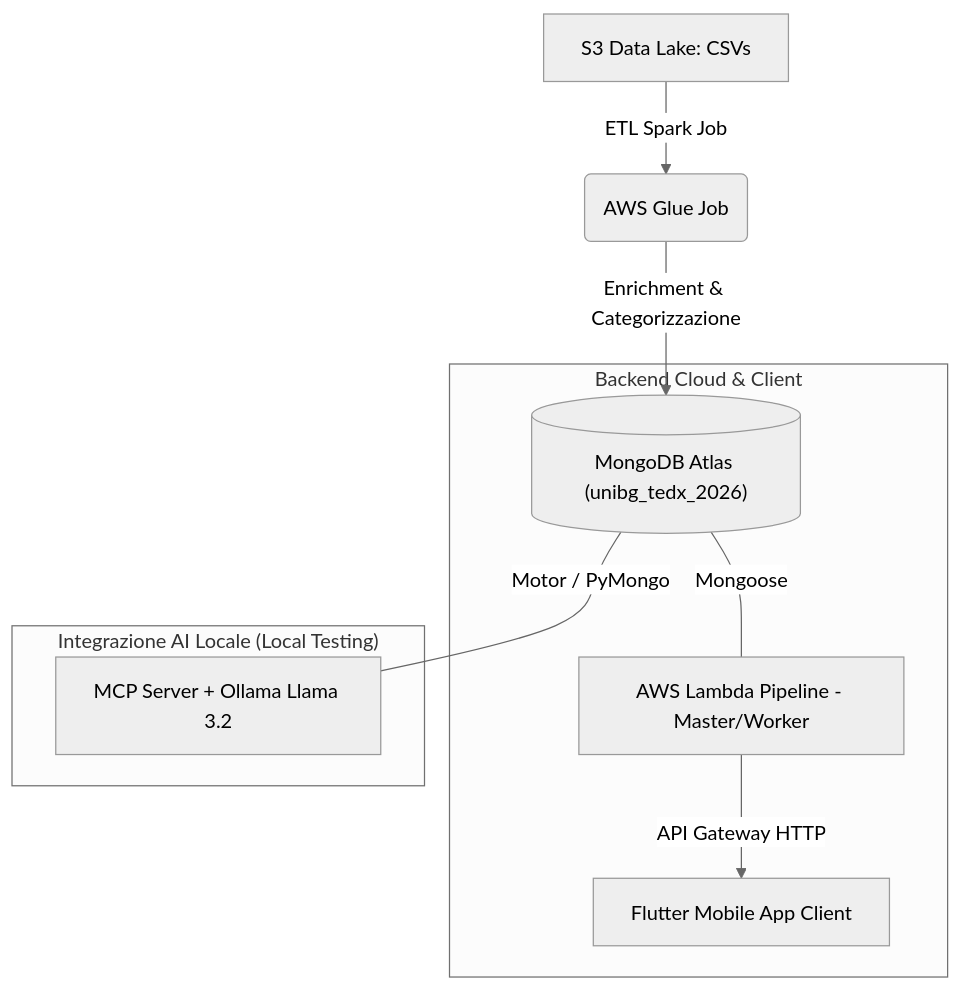
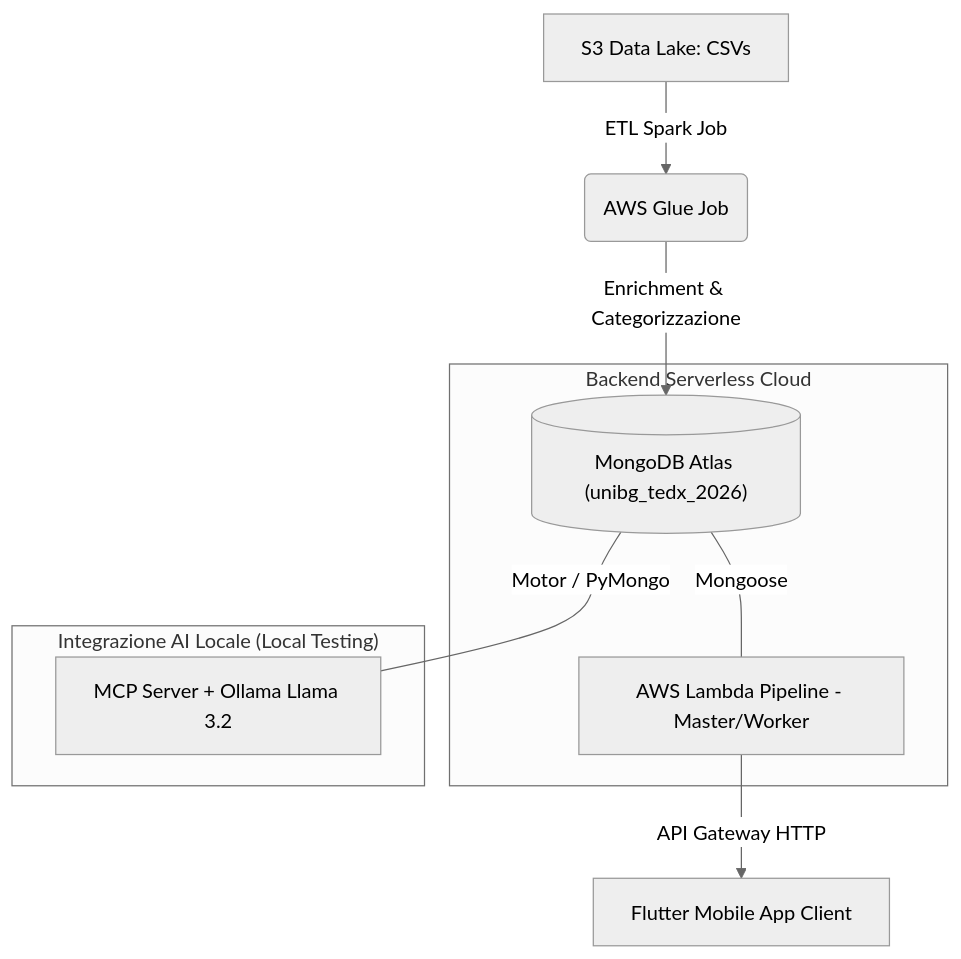
Before and after one commit to Nasatti/Shift-X: the diagram in README.md, drawn with Mermaid (neutral theme). The commit also changed other lines of this file, not shown here.

````diff
--- a/README.md
+++ b/README.md
@@ -13,14 +13,15 @@
 ```mermaid
 graph TD
     A[S3 Data Lake: CSVs] -->|ETL Spark Job| B(AWS Glue Job)
     B -->|Enrichment & Categorizzazione| C[("MongoDB Atlas (unibg_tedx_2026)")]
     
-    subgraph "Backend Cloud & Client"
+    subgraph "Backend Serverless Cloud"
         C ---|Mongoose| D[AWS Lambda Pipeline - Master/Worker]
-        D -->|API Gateway HTTP| F[Flutter Mobile App Client]
     end
     
     subgraph "Integrazione AI Locale (Local Testing)"
         C ---|Motor / PyMongo| E[MCP Server + Ollama Llama 3.2]
     end
+
+    D -->|API Gateway HTTP| F[Flutter Mobile App Client]
 ```
````
